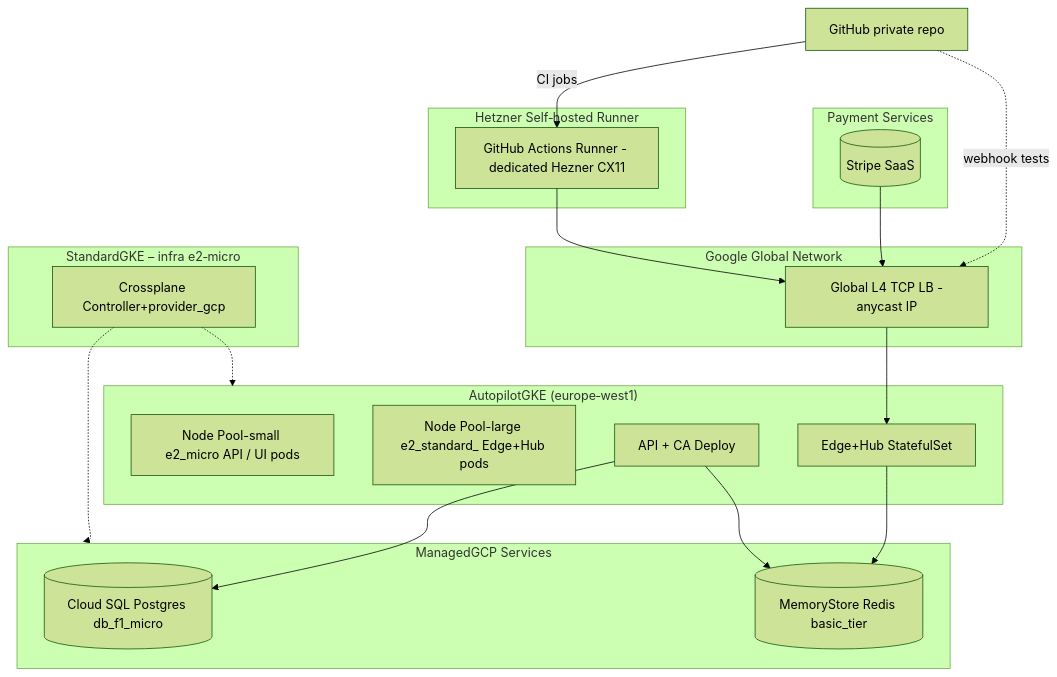
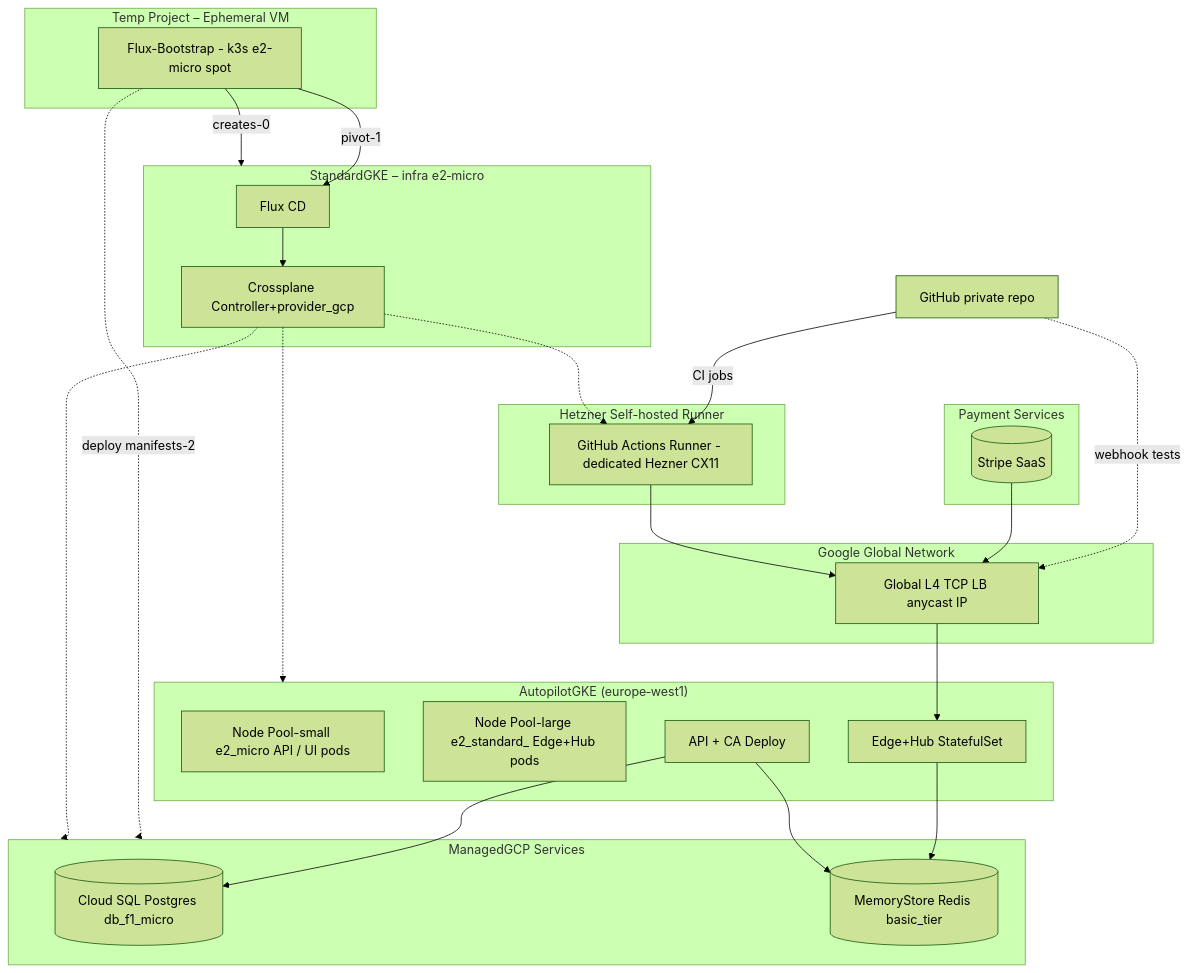
One commit to microscaler/fleetingdns changed the first of 2 diagrams in docs/engineering/E0-Cloud_POC_infrastructure.md. Above: the diagram before and after it, drawn with Mermaid (forest theme). The commit also changed other lines of this file and 2 other files, not shown here.

````diff
--- a/docs/engineering/E0-Cloud_POC_infrastructure.md
+++ b/docs/engineering/E0-Cloud_POC_infrastructure.md
@@ -21,47 +21,59 @@
 ```mermaid
 flowchart TD
     subgraph UserEdge["Google Global Network"]
-        GLB[Global L4 TCP LB -anycast IP]
+        GLB[Global L4 TCP LB anycast IP]
     end
 
     subgraph GKE_Workload["AutopilotGKE (europe‑west1)"]
         NPsmall[Node Pool-small e2_micro API / UI pods]
         NPlarge[Node Pool-large e2_standard_ Edge+Hub pods]
         EdgeHub[Edge+Hub StatefulSet]
         API[API + CA Deploy]
     end
 
     subgraph GKE_Infra["StandardGKE – infra e2‑micro"]
+        FluxInfra[Flux CD]
         Crossplane[Crossplane Controller+provider_gcp]
     end
 
-    subgraph Payment["Payment Services"]
-        StrBilling[(Stripe SaaS)]
+    subgraph Bootstrap["Temp Project – Ephemeral VM"]
+        FluxBoot[Flux-Bootstrap - k3s e2-micro spot]
     end
 
+    subgraph Payment["Payment Services"]
+    StrBilling[(Stripe SaaS)]
+    end
+    
     subgraph Managed["ManagedGCP Services"]
-        SQL[(Cloud SQL Postgres db_f1_micro)]
-        Redis[(MemoryStore Redis basic_tier)]
+    SQL[(Cloud SQL Postgres db_f1_micro)]
+    Redis[(MemoryStore Redis basic_tier)]
     end
 
-    subgraph Hetzner["Hetzner Self‑hosted Runner"]
+    subgraph Hetzner["Hetzner Self-hosted Runner"]
         Runner[GitHub Actions Runner - dedicated Hezner CX11]
     end
 
     Github[GitHub private repo]
 
     %% data plane
     GLB --> EdgeHub
     EdgeHub --> Redis
     API --> SQL
     API --> Redis
     Github -.webhook tests.-> GLB
     StrBilling --> GLB
 
     %% CI / infra plane
     Github -- CI jobs --> Runner
-    Runner --> GLB 
-    %% end‑to‑end smoke tests
+    Runner --> GLB
+
+    %% GitOps bootstrap flow
+    FluxBoot -- creates-0 --> GKE_Infra
+    FluxBoot -->| pivot-1 | FluxInfra
+    FluxBoot -. deploy manifests-2 .-> Managed
+    FluxInfra --> Crossplane
     Crossplane -.-> GKE_Workload
     Crossplane -.-> Managed
+    %% new arrow for Hetzner provision
+    Crossplane -.-> Runner
 ```
````
